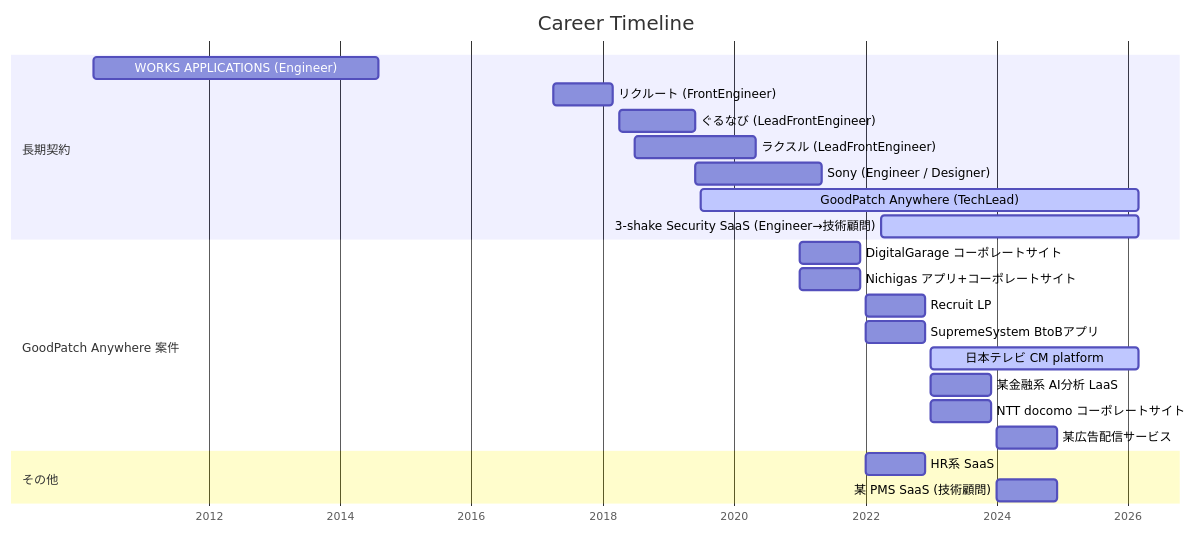
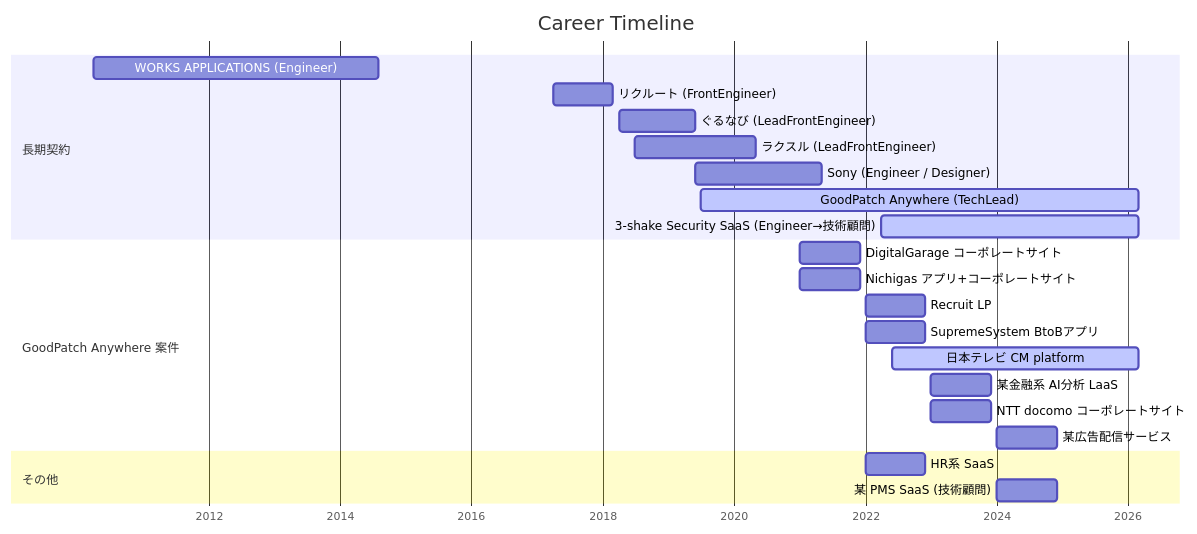
Before and after one commit to KdavisO/KdavisO: the diagram in README.md, drawn with Mermaid. The commit also changed other lines of this file, not shown here.

Commit message:
fix: 日本テレビ CM platformの開始時期を2022.06に修正

````diff
--- a/README.md
+++ b/README.md
@@ -55,29 +55,29 @@
 ```mermaid
 gantt
     title Career Timeline
     dateFormat  YYYY-MM
     axisFormat  %Y
 
     section 長期契約
     WORKS APPLICATIONS (Engineer)             :2010-04, 2014-08
     リクルート (FrontEngineer)                  :2017-04, 2018-03
     ぐるなび (LeadFrontEngineer)               :2018-04, 2019-06
     ラクスル (LeadFrontEngineer)               :2018-07, 2020-05
     Sony (Engineer / Designer)                :2019-06, 2021-05
     GoodPatch Anywhere (TechLead)             :active, 2019-07, 2026-03
     3-shake Security SaaS (Engineer→技術顧問)  :active, 2022-04, 2026-03
 
     section GoodPatch Anywhere 案件
     DigitalGarage コーポレートサイト             :2021-01, 2021-12
     Nichigas アプリ+コーポレートサイト            :2021-01, 2021-12
     Recruit LP                                :2022-01, 2022-12
     SupremeSystem BtoBアプリ                   :2022-01, 2022-12
-    日本テレビ CM platform                     :active, 2023-01, 2026-03
+    日本テレビ CM platform                     :active, 2022-06, 2026-03
     某金融系 AI分析 LaaS                       :2023-01, 2023-12
     NTT docomo コーポレートサイト               :2023-01, 2023-12
     某広告配信サービス                          :2024-01, 2024-12
 
     section その他
     HR系 SaaS                                 :2022-01, 2022-12
     某 PMS SaaS (技術顧問)                     :2024-01, 2024-12
 ```
````
